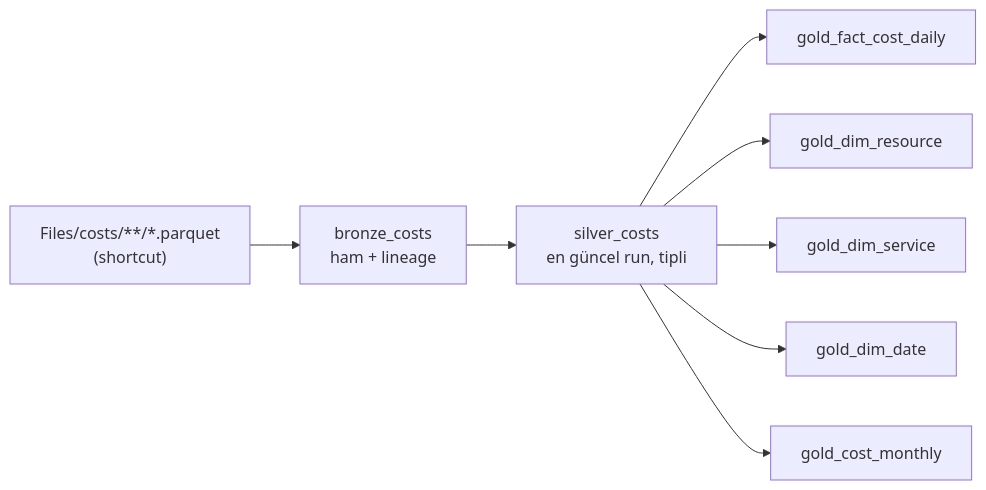
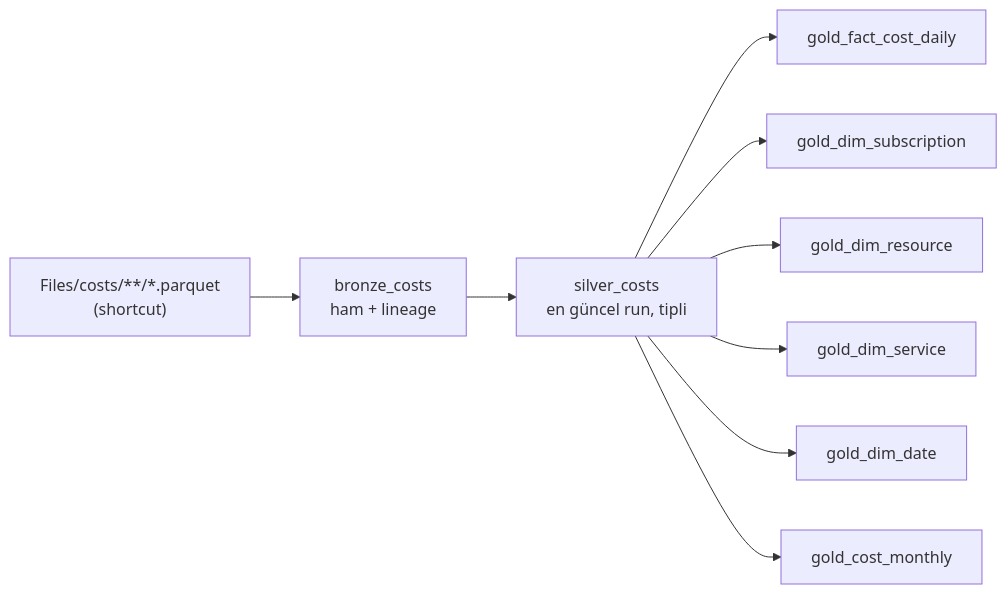
The diagram in docs/04-medallion-notebooklar.md (senem101/azure-cost-to-fabric), drawn with Mermaid before and after one commit. The commit also changed other lines of this file and 18 other files, not shown here.

````diff
--- a/docs/04-medallion-notebooklar.md
+++ b/docs/04-medallion-notebooklar.md
@@ -5,10 +5,11 @@
 ```mermaid
 flowchart LR
     F["Files/costs/**/*.parquet<br/>(shortcut)"] --> B["bronze_costs<br/>ham + lineage"]
     B --> S["silver_costs<br/>en güncel run, tipli"]
     S --> FD["gold_fact_cost_daily"]
+    S --> DSub["gold_dim_subscription"]
     S --> DR["gold_dim_resource"]
     S --> DS["gold_dim_service"]
     S --> DD["gold_dim_date"]
     S --> M["gold_cost_monthly"]
 ```
````
